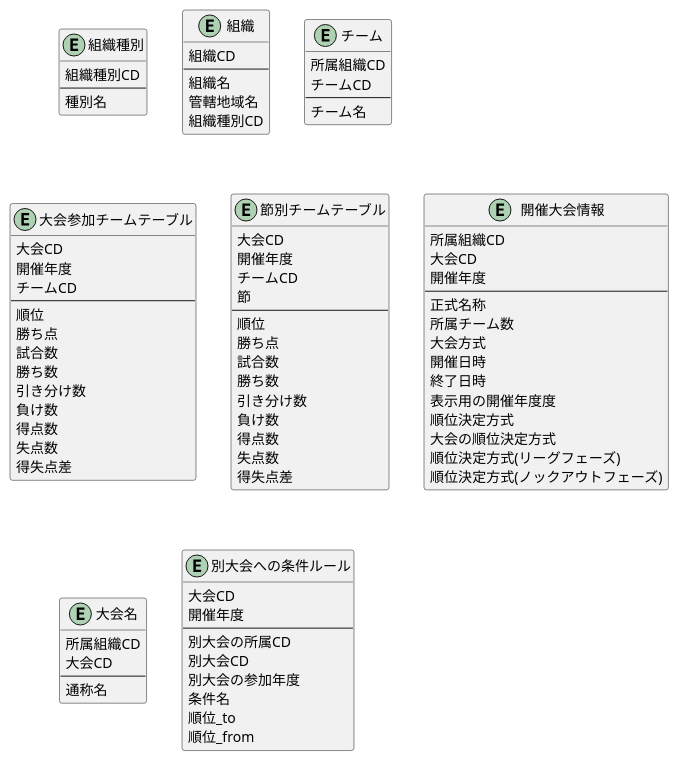
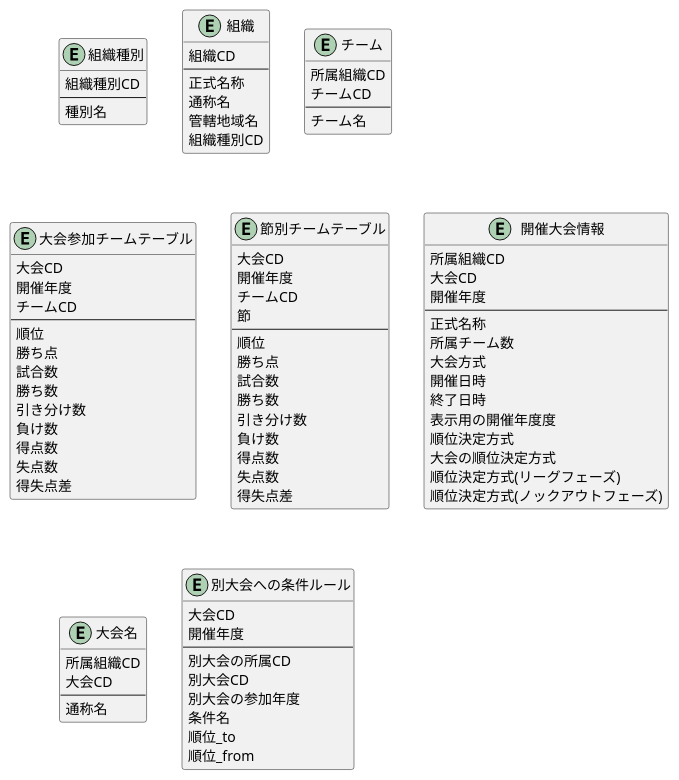
One commit to LCC-SYamada/SocckerDB_PlantUML changed the diagram in soccker_db.puml. Above: the diagram before and after it, drawn with PlantUML.

Commit message:
組織に正式名と通称名を入れる

```diff
--- a/soccker_db.puml
+++ b/soccker_db.puml
@@ -1,92 +1,93 @@
 @startuml
 
 Entity "組織種別" as OrganizationType {
   組織種別CD
   --
   種別名
 }
 
 Entity "組織" as Organization {
   組織CD
   --
-  組織名
+  正式名称
+  通称名
   管轄地域名
   組織種別CD
 }
 Entity "チーム" as Team {
   所属組織CD
   チームCD
   --
   チーム名
 }
 
 Entity "大会参加チームテーブル" as SeaSonTournament {
   大会CD
   開催年度
   チームCD
   --
   順位
   勝ち点
   試合数
   勝ち数
   引き分け数
   負け数
   得点数
   失点数
   得失点差  
 }
 
 Entity "節別チームテーブル" as MatchDayRank {
   大会CD
   開催年度
   チームCD
   節
   --
   順位
   勝ち点
   試合数
   勝ち数
   引き分け数
   負け数
   得点数
   失点数
   得失点差  
 }
 
 Entity "開催大会情報" as TournamentInfo {
   所属組織CD
   大会CD
   開催年度
   --
   正式名称
   所属チーム数
   大会方式
   開催日時
   終了日時
   表示用の開催年度度
   順位決定方式
   大会の順位決定方式
   順位決定方式(リーグフェーズ)
   順位決定方式(ノックアウトフェーズ)
 }
 
 Entity "大会名" as Tournament {
   所属組織CD
   大会CD
   --
   通称名
 }
 
 Entity "別大会への条件ルール" as TournamentDetail {
   大会CD
   開催年度
   --
   別大会の所属CD
   別大会CD
   別大会の参加年度
   条件名
   順位_to
   順位_from
 }
 
 @enduml
```
